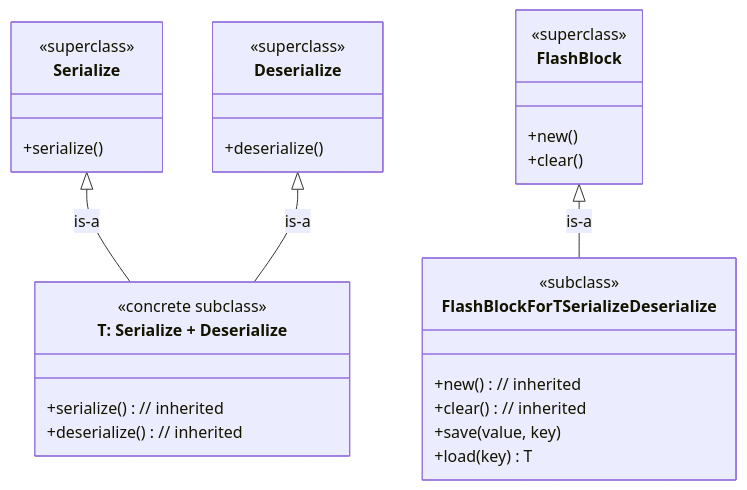
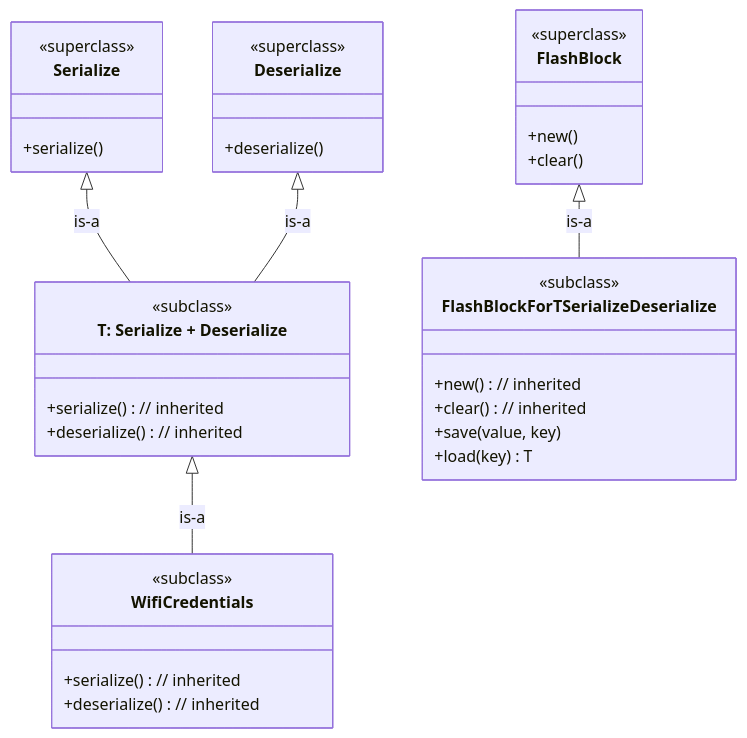
One commit to CarlKCarlK/inherit changed the diagram in examples/9_puzzle.md. Above: the diagram before and after it, drawn with Mermaid. The commit also changed 9 other files, not shown here.

````diff
--- a/examples/9_puzzle.md
+++ b/examples/9_puzzle.md
@@ -5,38 +5,45 @@
 ```mermaid
 classDiagram
     direction TB
 
     class Serialize {
         <<superclass>>
         +serialize()
     }
 
     class Deserialize {
         <<superclass>>
         +deserialize()
     }
 
     class TConstrained["T: Serialize + Deserialize"] {
-        <<concrete subclass>>
+        <<subclass>>
+        +serialize() // inherited
+        +deserialize() // inherited
+    }
+
+    class WifiCredentials {
+        <<subclass>>
         +serialize() // inherited
         +deserialize() // inherited
     }
 
     class FlashBlock {
         <<superclass>>
         +new()
         +clear()
     }
 
     class FlashBlockForTSerializeDeserialize {
         <<subclass>>
         +new() // inherited
         +clear() // inherited
         +save(value, key)
         +load(key) T
     }
 
     Serialize <|-- TConstrained : is-a
     Deserialize <|-- TConstrained : is-a
+    TConstrained <|-- WifiCredentials : is-a
     FlashBlock <|-- FlashBlockForTSerializeDeserialize : is-a
 ```
````
